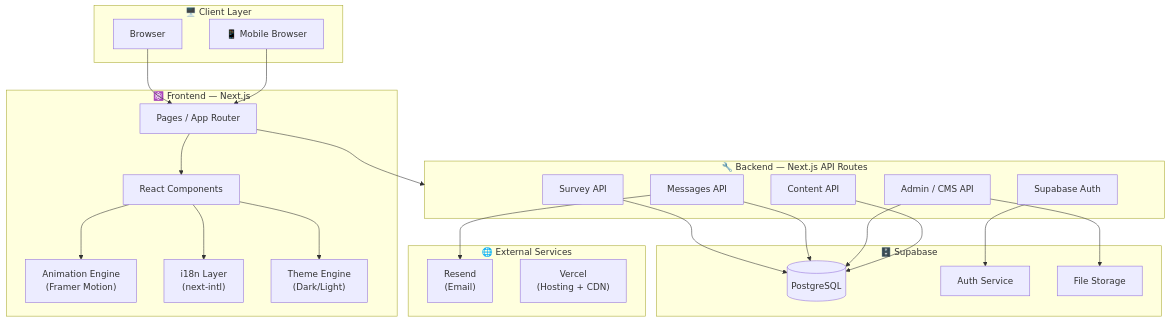
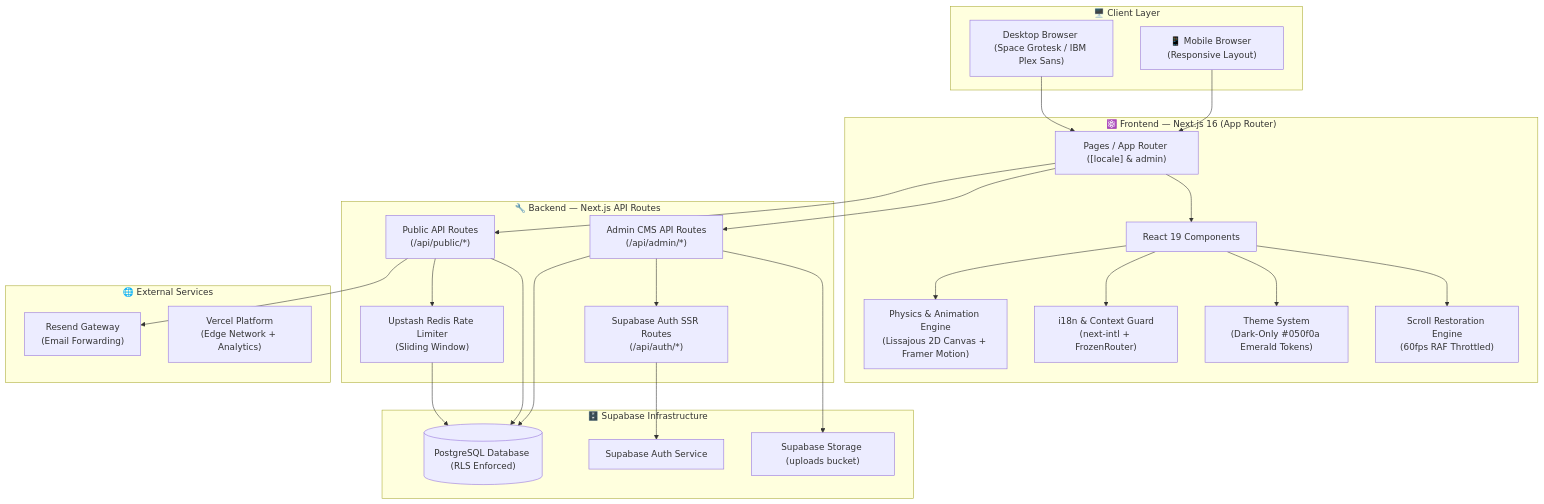
The first of 3 diagrams in docs/02-SYSTEM-ARCHITECTURE.md (Abdullah931-stack/Abdullah-me), drawn with Mermaid before and after one commit. The commit also changed other lines of this file and 61 other files, not shown here.

First line of the commit message:
feat: complete v2.0 transformation with journey log, contact engine, edge analytics, and system parity

````diff
--- a/docs/02-SYSTEM-ARCHITECTURE.md
+++ b/docs/02-SYSTEM-ARCHITECTURE.md
@@ -8,49 +8,52 @@
 ```mermaid
 graph TB
     subgraph Client["🖥️ Client Layer"]
-        Browser["Browser"]
-        Mobile["📱 Mobile Browser"]
+        Browser["Desktop Browser (Space Grotesk / IBM Plex Sans)"]
+        Mobile["📱 Mobile Browser (Responsive Layout)"]
     end
 
-    subgraph Frontend["⚛️ Frontend — Next.js"]
-        Pages["Pages / App Router"]
-        Components["React Components"]
-        AnimationEngine["Animation Engine<br/>(Framer Motion)"]
-        I18n["i18n Layer<br/>(next-intl)"]
-        ThemeEngine["Theme Engine<br/>(Dark/Light)"]
+    subgraph Frontend["⚛️ Frontend — Next.js 16 (App Router)"]
+        Pages["Pages / App Router ([locale] & admin)"]
+        Components["React 19 Components"]
+        PhysicsEngine["Physics & Animation Engine<br/>(Lissajous 2D Canvas + Framer Motion)"]
+        I18nLayer["i18n & Context Guard<br/>(next-intl + FrozenRouter)"]
+        ThemeEngine["Theme System<br/>(Dark-Only #050f0a Emerald Tokens)"]
+        ScrollEngine["Scroll Restoration Engine<br/>(60fps RAF Throttled)"]
     end
 
     subgraph Backend["🔧 Backend — Next.js API Routes"]
-        AuthAPI["Supabase Auth"]
-        SurveyAPI["Survey API"]
-        MessagesAPI["Messages API"]
-        AdminAPI["Admin / CMS API"]
-        ContentAPI["Content API"]
+        PublicAPI["Public API Routes<br/>(/api/public/*)"]
+        AdminAPI["Admin CMS API Routes<br/>(/api/admin/*)"]
+        AuthAPI["Supabase Auth SSR Routes<br/>(/api/auth/*)"]
+        RateLimiter["Upstash Redis Rate Limiter<br/>(Sliding Window)"]
     end
 
-    subgraph Supabase["🗄️ Supabase"]
-        DB[("PostgreSQL")]
-        Auth["Auth Service"]
-        Storage["File Storage"]
+    subgraph Supabase["🗄️ Supabase Infrastructure"]
+        DB[("PostgreSQL Database (RLS Enforced)")]
+        Auth["Supabase Auth Service"]
+        Storage["Supabase Storage (uploads bucket)"]
     end
 
     subgraph External["🌐 External Services"]
-        Resend["Resend<br/>(Email)"]
-        Vercel["Vercel<br/>(Hosting + CDN)"]
+        Resend["Resend Gateway<br/>(Email Forwarding)"]
+        Vercel["Vercel Platform<br/>(Edge Network + Analytics)"]
     end
 
     Browser --> Pages
     Mobile --> Pages
     Pages --> Components
-    Components --> AnimationEngine
-    Components --> I18n
+    Components --> PhysicsEngine
+    Components --> I18nLayer
     Components --> ThemeEngine
-    Pages --> Backend
+    Components --> ScrollEngine
+    Pages --> PublicAPI
+    Pages --> AdminAPI
+    PublicAPI --> RateLimiter
+    RateLimiter --> DB
+    PublicAPI --> DB
+    PublicAPI --> Resend
+    AdminAPI --> AuthAPI
     AuthAPI --> Auth
-    SurveyAPI --> DB
-    MessagesAPI --> DB
-    MessagesAPI --> Resend
     AdminAPI --> DB
     AdminAPI --> Storage
-    ContentAPI --> DB
 ```
````
